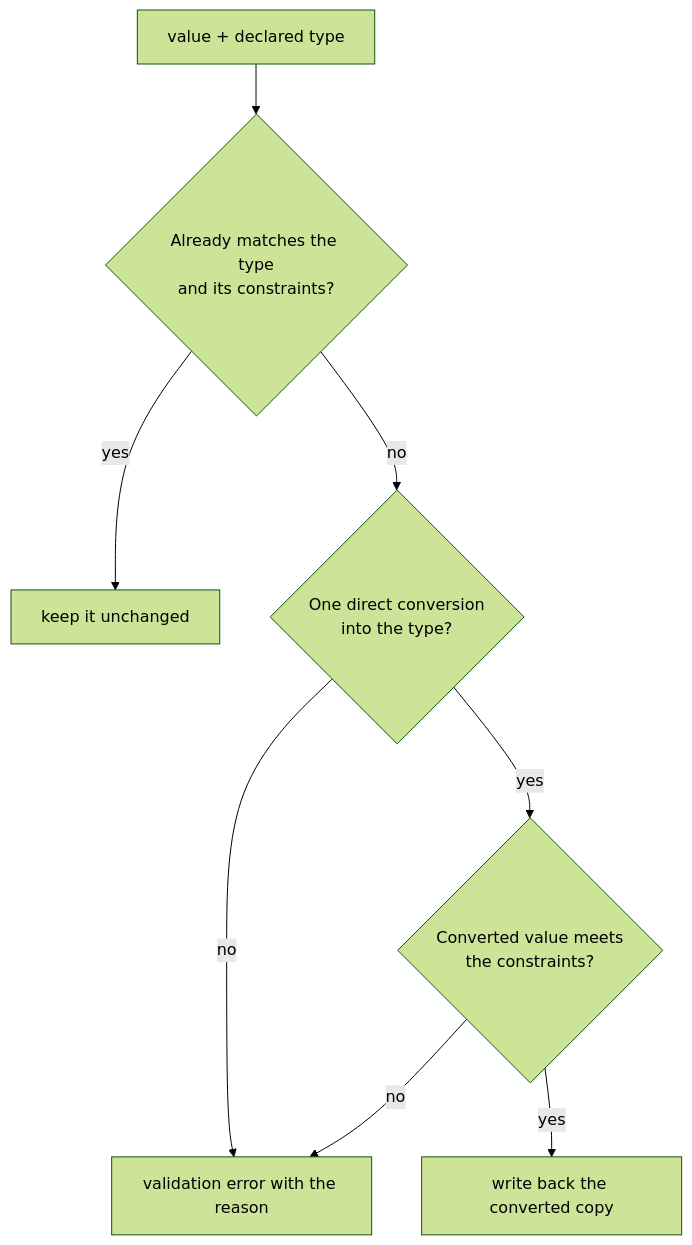
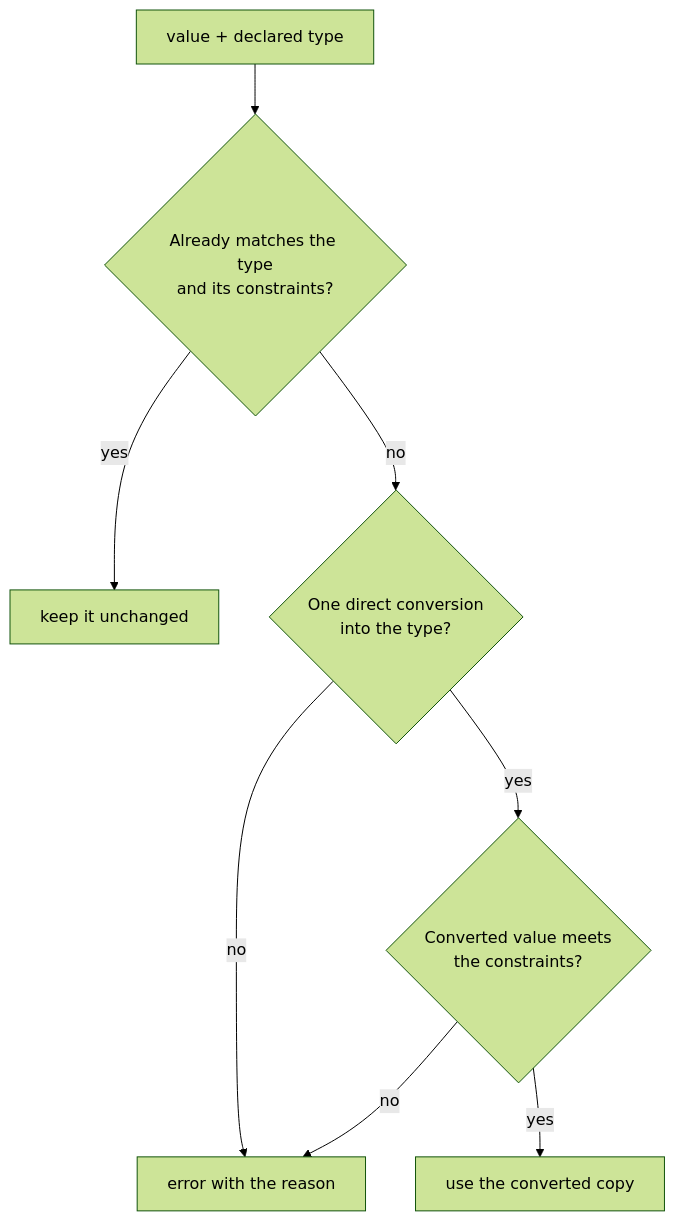
One commit to yankeeinlondon/rusty-biscuit changed the fifth of 9 diagrams in darkmatter/docs/topics/schemas/definition.md. Above: the diagram before and after it, drawn with Mermaid (forest theme). The commit also changed other lines of this file and 29 other files, not shown here.

````diff
--- a/darkmatter/docs/topics/schemas/definition.md
+++ b/darkmatter/docs/topics/schemas/definition.md
@@ -2385,10 +2442,10 @@
 ```mermaid
 flowchart TD
     V[value + declared type] --> K{Already matches the type<br/>and its constraints?}
     K -->|yes| KEEP[keep it unchanged]
     K -->|no| C{One direct conversion<br/>into the type?}
-    C -->|no| ERR[validation error with the reason]
+    C -->|no| ERR[error with the reason]
     C -->|yes| CHECK{Converted value meets<br/>the constraints?}
-    CHECK -->|yes| CONV[write back the converted copy]
+    CHECK -->|yes| CONV[use the converted copy]
     CHECK -->|no| ERR
 ```
````
